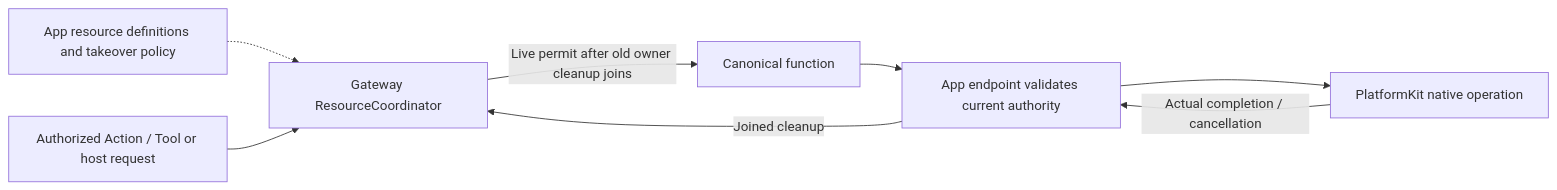
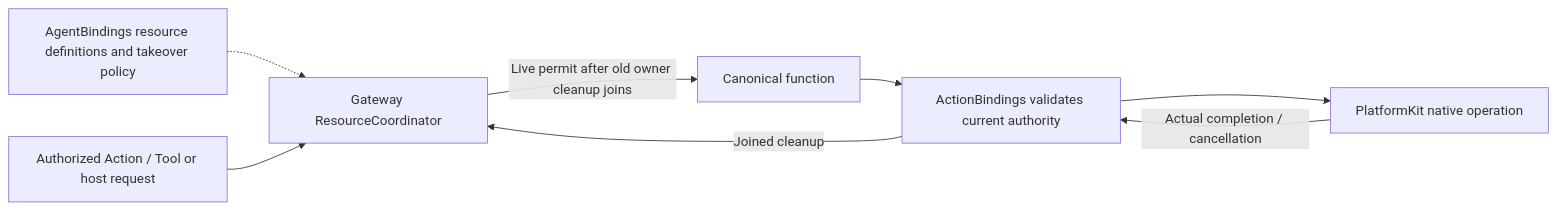
Before and after one commit to devilyouwei/MobileHarness: diagram 13 of 32 in MobileHarness/README.md, drawn with Mermaid. The commit also changed other lines of this file and 254 other files, not shown here.

First line of the commit message:
refactor: isolate app composition and module bindings

````diff
--- a/MobileHarness/README.md
+++ b/MobileHarness/README.md
@@ -742,10 +706,10 @@
 ```mermaid
 flowchart LR
-    App[App resource definitions and takeover policy] -.-> Gateway[Gateway ResourceCoordinator]
+    App[AgentBindings resource definitions and takeover policy] -.-> Gateway[Gateway ResourceCoordinator]
     Calls[Authorized Action / Tool or host request] --> Gateway
     Gateway -->|Live permit after old owner cleanup joins| Function[Canonical function]
-    Function --> Endpoint[App endpoint validates current authority]
+    Function --> Endpoint[ActionBindings validates current authority]
     Endpoint --> Native[PlatformKit native operation]
     Native -->|Actual completion / cancellation| Endpoint
     Endpoint -->|Joined cleanup| Gateway
 ```
````
